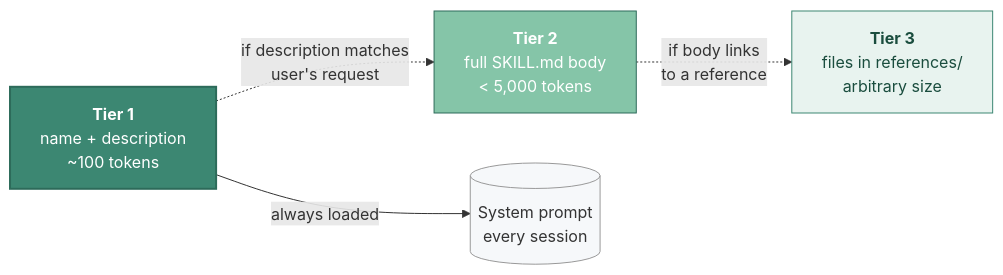
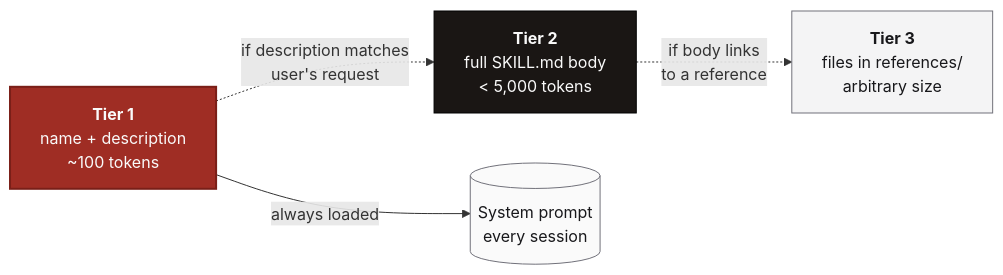
Before and after one commit to pochadri/ai-coding: the diagram in 06-skills-and-memory/what-are-skills.md, drawn with Mermaid. The commit also changed 5 other files, not shown here.

````diff
--- a/06-skills-and-memory/what-are-skills.md
+++ b/06-skills-and-memory/what-are-skills.md
@@ -44,16 +44,16 @@
 ```mermaid
 flowchart LR
     T1["<b>Tier 1</b><br/>name + description<br/>~100 tokens"]:::tier1
     T2["<b>Tier 2</b><br/>full SKILL.md body<br/>&lt; 5,000 tokens"]:::tier2
     T3["<b>Tier 3</b><br/>files in references/<br/>arbitrary size"]:::tier3
     Sys[(System prompt<br/>every session)]:::sys
 
     T1 -- "always loaded" --> Sys
     T1 -. "if description matches<br/>user's request" .-> T2
     T2 -. "if body links<br/>to a reference" .-> T3
 
-    classDef tier1 fill:#3c8772,stroke:#2d6b5a,color:#fff,stroke-width:2px
-    classDef tier2 fill:#85c5a8,stroke:#2d6b5a,color:#fff
-    classDef tier3 fill:#e8f3ef,stroke:#3c8772,color:#1a4d3e
-    classDef sys fill:#f6f8fa,stroke:#999,color:#333
+    classDef tier1 fill:#9F2D24,stroke:#7A1F18,color:#FAFAFA,stroke-width:2px
+    classDef tier2 fill:#1A1614,stroke:#000000,color:#FAFAFA
+    classDef tier3 fill:#F4F4F5,stroke:#71717A,color:#18181B
+    classDef sys fill:#FAFAFA,stroke:#71717A,color:#18181B
 ```
````
